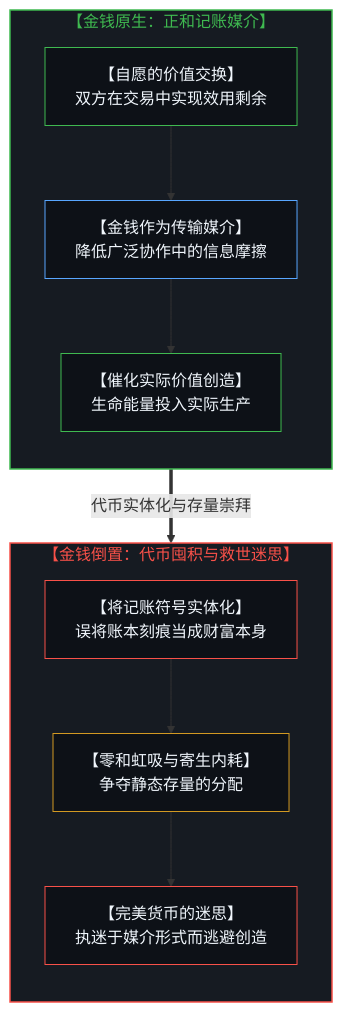
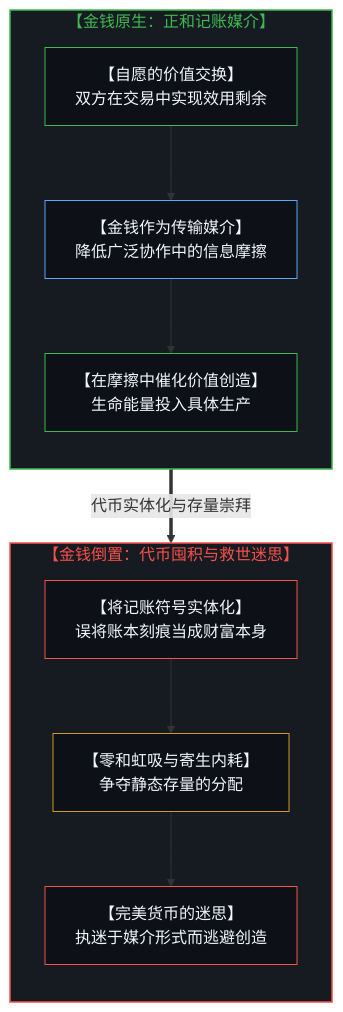
One commit to powerpig99/not-a-toe changed the ninth of 16 diagrams in content/posts/the-dissolution-of-the-great-reversal.md. Above: the diagram before and after it, drawn with Mermaid. The commit also changed other lines of this file and 2 other files, not shown here.

````diff
--- a/content/posts/the-dissolution-of-the-great-reversal.md
+++ b/content/posts/the-dissolution-of-the-great-reversal.md
@@ -325,28 +325,28 @@
 ```mermaid
 flowchart TD
     subgraph S_NativeTrade["【金钱原生：正和记账媒介】"]
         direction TB
         SubjectiveTrade["【自愿的价值交换】<br/>双方在交易中实现效用剩余"]
         AccountingMedium["【金钱作为传输媒介】<br/>降低广泛协作中的信息摩擦"]
-        RealWealthExpansion["【催化实际价值创造】<br/>生命能量投入实际生产"]
+        RealWealthExpansion["【在摩擦中催化价值创造】<br/>生命能量投入具体生产"]
         SubjectiveTrade --> AccountingMedium
         AccountingMedium --> RealWealthExpansion
     end
     S_NativeTrade ==>|"代币实体化与存量崇拜"| S_InvertedMoney
     subgraph S_InvertedMoney["【金钱倒置：代币囤积与救世迷思】"]
         direction TB
         TokenHoarding["【将记账符号实体化】<br/>误将账本刻痕当成财富本身"]
         ZeroSumSiphon["【零和虹吸与寄生内耗】<br/>争夺静态存量的分配"]
         PerfectTokenMyth["【完美货币的迷思】<br/>执迷于媒介形式而逃避创造"]
         TokenHoarding --> ZeroSumSiphon
         ZeroSumSiphon --> PerfectTokenMyth
     end
     style S_NativeTrade fill:#161b22,stroke:#3fb950,stroke-width:1.5px,color:#3fb950
     style S_InvertedMoney fill:#161b22,stroke:#f85149,stroke-width:1.5px,color:#f85149
     style SubjectiveTrade fill:#0d1117,stroke:#3fb950,stroke-width:1px,color:#f0f6fc
     style AccountingMedium fill:#0d1117,stroke:#58a6ff,stroke-width:1px,color:#f0f6fc
     style RealWealthExpansion fill:#0d1117,stroke:#3fb950,stroke-width:1px,color:#f0f6fc
     style TokenHoarding fill:#0d1117,stroke:#f85149,stroke-width:1px,color:#f0f6fc
     style ZeroSumSiphon fill:#0d1117,stroke:#d29922,stroke-width:1px,color:#f0f6fc
     style PerfectTokenMyth fill:#0d1117,stroke:#f85149,stroke-width:1px,color:#f0f6fc
 ```
````
